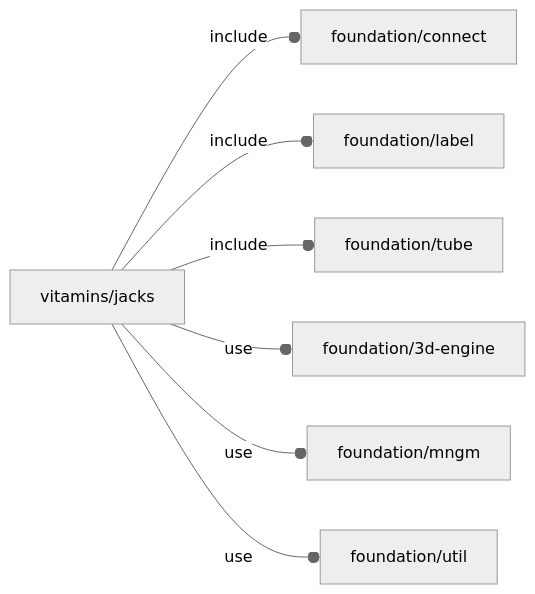
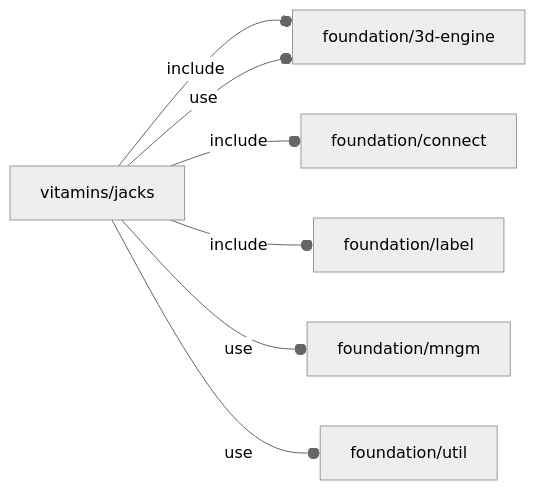
The diagram in orthodocs/vitamins/jacks.md (ggabbiani/OFL), drawn with Mermaid (neutral theme) before and after one commit. The commit also changed 34 other files, not shown here.

Commit message:
tube.scad and torus.scad merged into foundation/3d-engine.scad

````diff
--- a/orthodocs/vitamins/jacks.md
+++ b/orthodocs/vitamins/jacks.md
@@ -5,9 +5,9 @@
 ```mermaid
 graph LR
-    A1[vitamins/jacks] --o|include| A2[foundation/connect]
-    A1 --o|include| A3[foundation/label]
-    A1 --o|include| A4[foundation/tube]
-    A1 --o|use| A5[foundation/3d-engine]
-    A1 --o|use| A6[foundation/mngm]
-    A1 --o|use| A7[foundation/util]
+    A1[vitamins/jacks] --o|include| A2[foundation/3d-engine]
+    A1 --o|include| A3[foundation/connect]
+    A1 --o|include| A4[foundation/label]
+    A1 --o|use| A2
+    A1 --o|use| A5[foundation/mngm]
+    A1 --o|use| A6[foundation/util]
 ```
````
